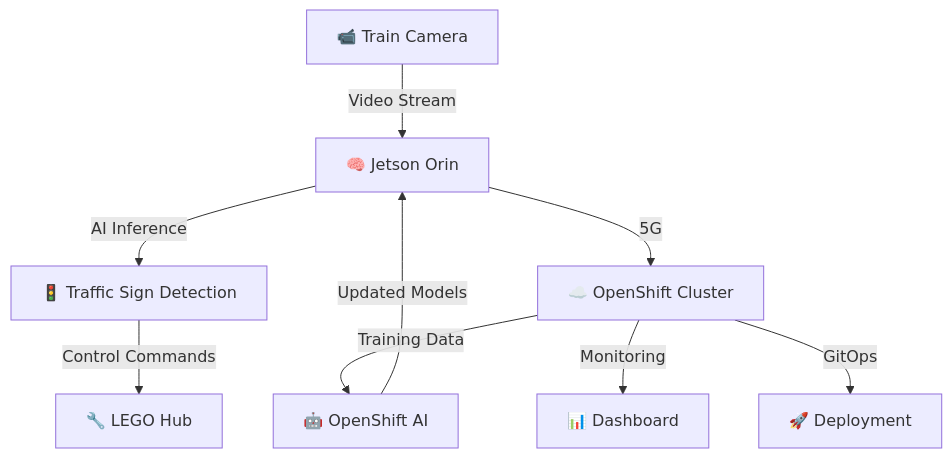
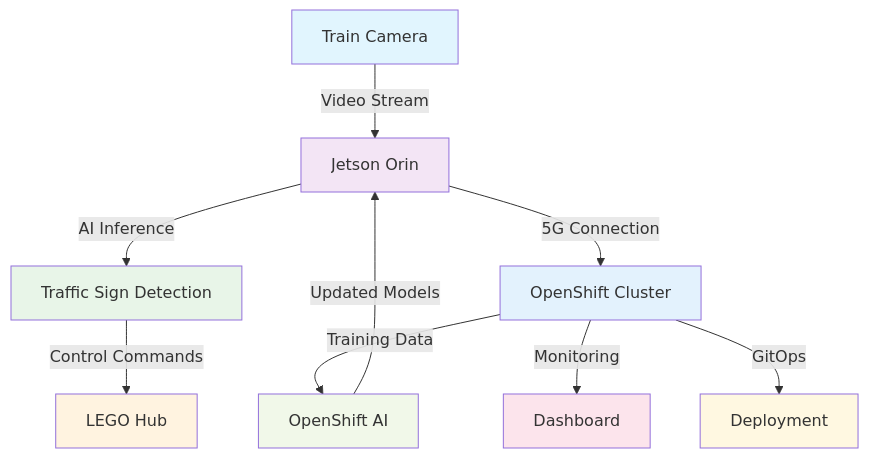
The diagram in content/overview/architecture.en.md (Demo-AI-Edge-Crazy-Train/lego-summit-connect-2025-lab-statement), drawn with Mermaid before and after one commit. The commit also changed 2 other files, not shown here.

Commit message:
update diagramme architecture

````diff
--- a/content/overview/architecture.en.md
+++ b/content/overview/architecture.en.md
@@ -99,11 +99,20 @@
-```mermaid
+{{< mermaid >}}
 graph TD
-    A[📹 Train Camera] -->|Video Stream| B[🧠 Jetson Orin]
-    B -->|AI Inference| C[🚦 Traffic Sign Detection]
-    C -->|Control Commands| D[🔧 LEGO Hub]
-    B -->|5G| E[☁️ OpenShift Cluster]
-    E -->|Training Data| F[🤖 OpenShift AI]
+    A[Train Camera] -->|Video Stream| B[Jetson Orin]
+    B -->|AI Inference| C[Traffic Sign Detection]
+    C -->|Control Commands| D[LEGO Hub]
+    B -->|5G Connection| E[OpenShift Cluster]
+    E -->|Training Data| F[OpenShift AI]
     F -->|Updated Models| B
-    E -->|Monitoring| G[📊 Dashboard]
-    E -->|GitOps| H[🚀 Deployment]
-```
+    E -->|Monitoring| G[Dashboard]
+    E -->|GitOps| H[Deployment]
+    
+    style A fill:#e1f5fe
+    style B fill:#f3e5f5
+    style C fill:#e8f5e8
+    style D fill:#fff3e0
+    style E fill:#e3f2fd
+    style F fill:#f1f8e9
+    style G fill:#fce4ec
+    style H fill:#fff8e1
+{{< /mermaid >}}
````
